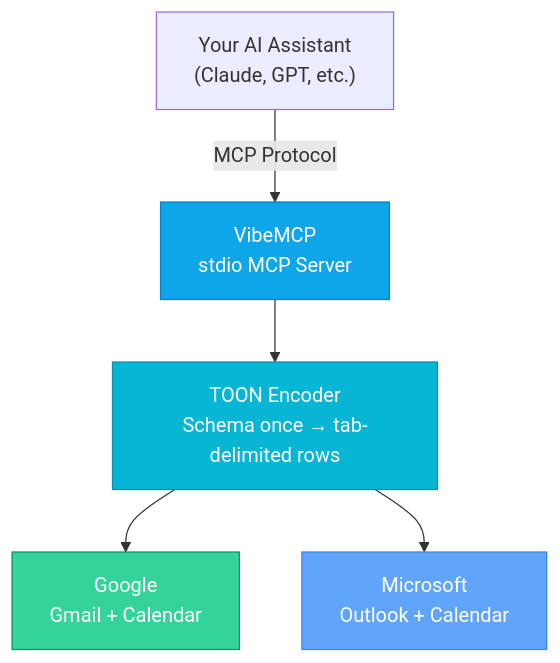
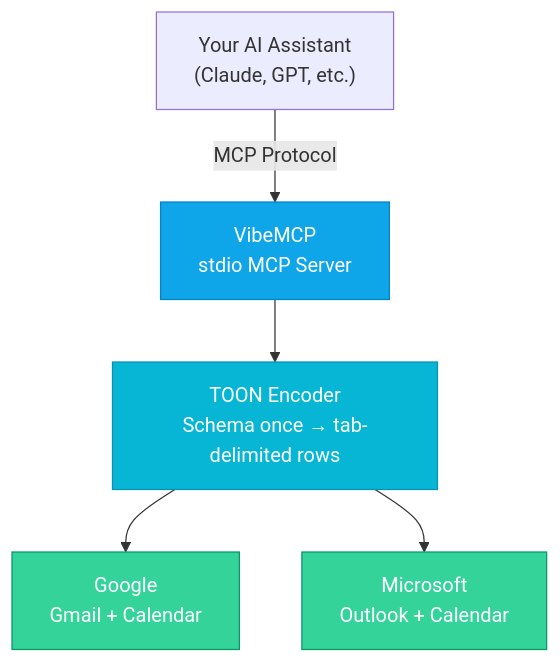
The diagram in docs/index.md (VibeTensor/vibemcp), drawn with Mermaid before and after one commit. The commit also changed other lines of this file and 40 other files, not shown here.

````diff
--- a/docs/index.md
+++ b/docs/index.md
@@ -62,18 +62,21 @@
 ```mermaid
 flowchart TD
     AI["Your AI Assistant\n(Claude, GPT, etc.)"]
     MCP["VibeMCP\nstdio MCP Server"]
     TOON["TOON Encoder\nSchema once → tab-delimited rows"]
     G["Google\nGmail + Calendar"]
     M["Microsoft\nOutlook + Calendar"]
 
     AI -->|"MCP Protocol"| MCP
     MCP --> TOON
     TOON --> G
     TOON --> M
 
-    style MCP fill:#0ea5e9,stroke:#0284c7,color:#fff
-    style TOON fill:#06b6d4,stroke:#0891b2,color:#fff
-    style G fill:#34d399,stroke:#059669,color:#fff
-    style M fill:#60a5fa,stroke:#3b82f6,color:#fff
+    classDef server fill:#0ea5e9,stroke:#0284c7,color:#fff
+    classDef encoder fill:#06b6d4,stroke:#0891b2,color:#fff
+    classDef provider fill:#34d399,stroke:#059669,color:#fff
+
+    class MCP server
+    class TOON encoder
+    class G,M provider
 ```
````
